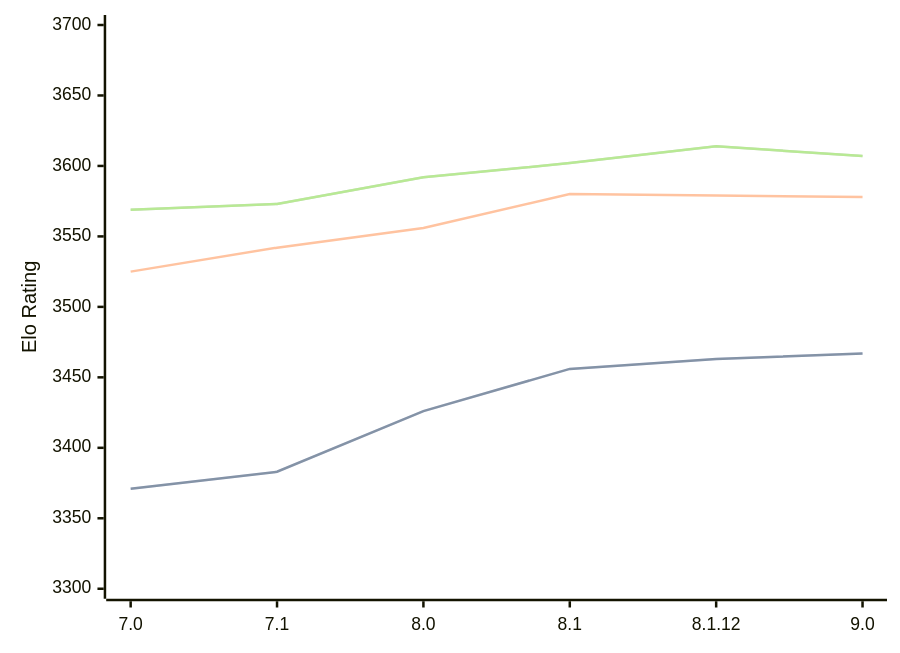
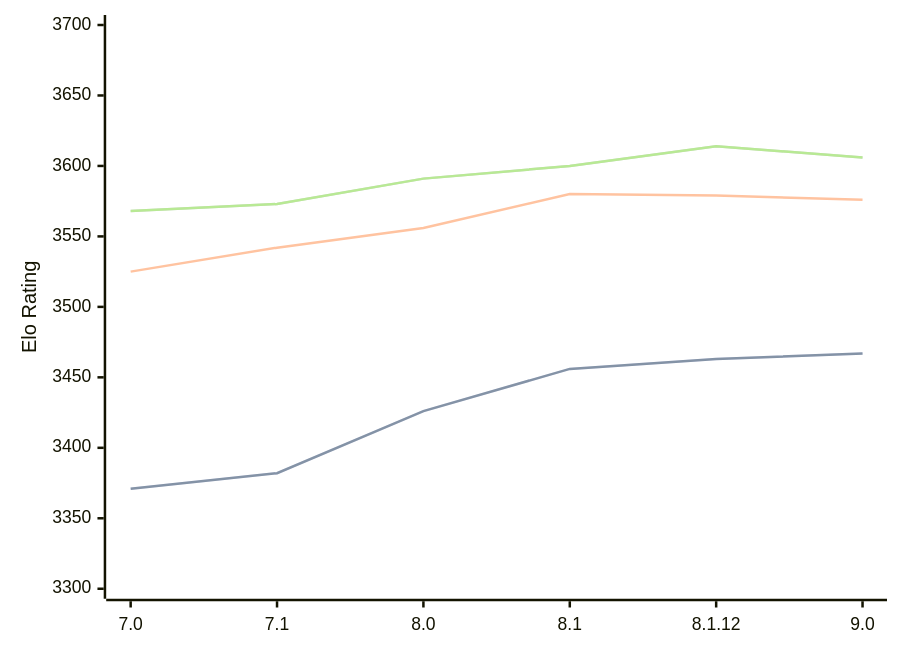
Before and after one commit to computer-chess-index/cci: the diagram in engines/Alexandria.md, drawn with Mermaid. The commit also changed other lines of this file, not shown here.

Commit message:
Update CCI Ratings (ELO VLTC) - 2026-03-15

````diff
--- a/engines/Alexandria.md
+++ b/engines/Alexandria.md
@@ -53,11 +53,11 @@
 ```mermaid
 %%{init: {"theme":"base","themeVariables":{"seriesColors:['#a3a3a3','#222221','#faa371']}}}%%
 xychart-beta
   x-axis ["7.0", "7.1", "8.0", "8.1", "8.1.12", "9.0"]
   y-axis "Elo Rating" 3300 --> 3700
-  line "STC (8.0+0.08s)" [3371, 3383, 3426, 3456, 3463, 3467]
-  line "STC (8.0+0.08s)" [3371, 3383, 3426, 3456, 3463, 3467]
-  line "LTC (60.0+0.60s)" [3525, 3542, 3556, 3580, 3579, 3578]
-  line "VLTC (2m24s+1.12s)" [3569, 3573, 3592, 3602, 3614, 3607]
-  line "VLTC (2m24s+1.12s)" [3569, 3573, 3592, 3602, 3614, 3607]
+  line "STC (8.0+0.08s)" [3371, 3382, 3426, 3456, 3463, 3467]
+  line "STC (8.0+0.08s)" [3371, 3382, 3426, 3456, 3463, 3467]
+  line "LTC (60.0+0.60s)" [3525, 3542, 3556, 3580, 3579, 3576]
+  line "VLTC (2m24s+1.12s)" [3568, 3573, 3591, 3600, 3614, 3606]
+  line "VLTC (2m24s+1.12s)" [3568, 3573, 3591, 3600, 3614, 3606]
 ```
````
